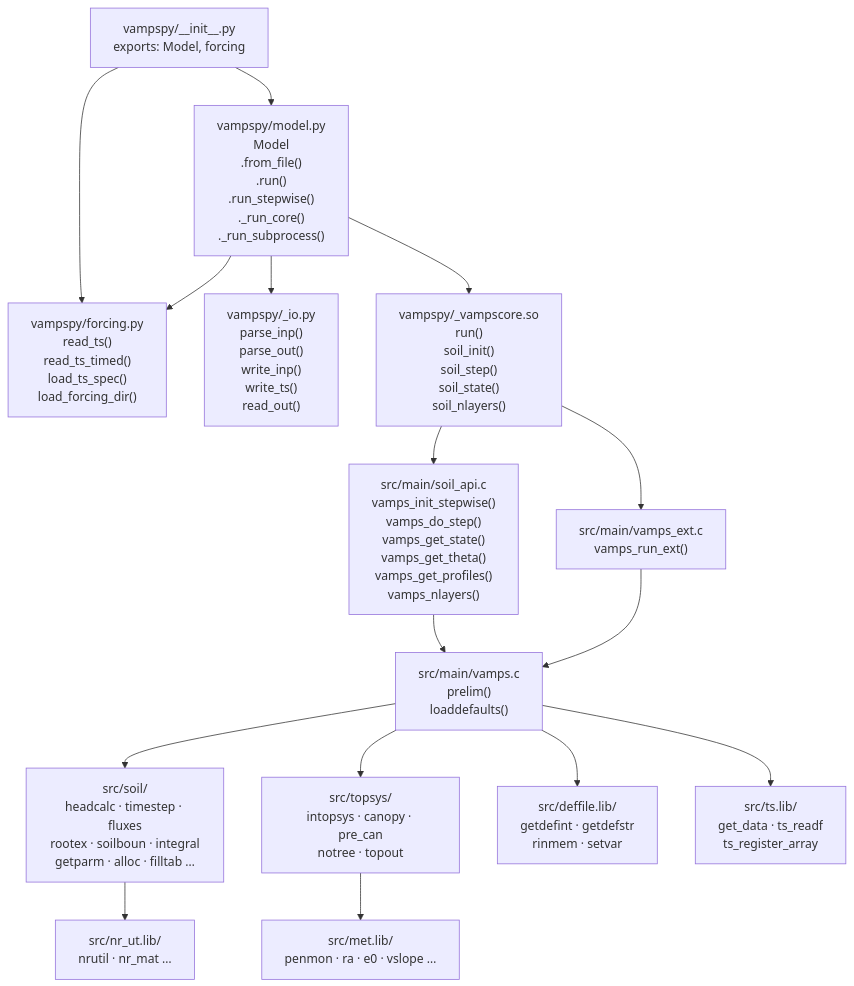
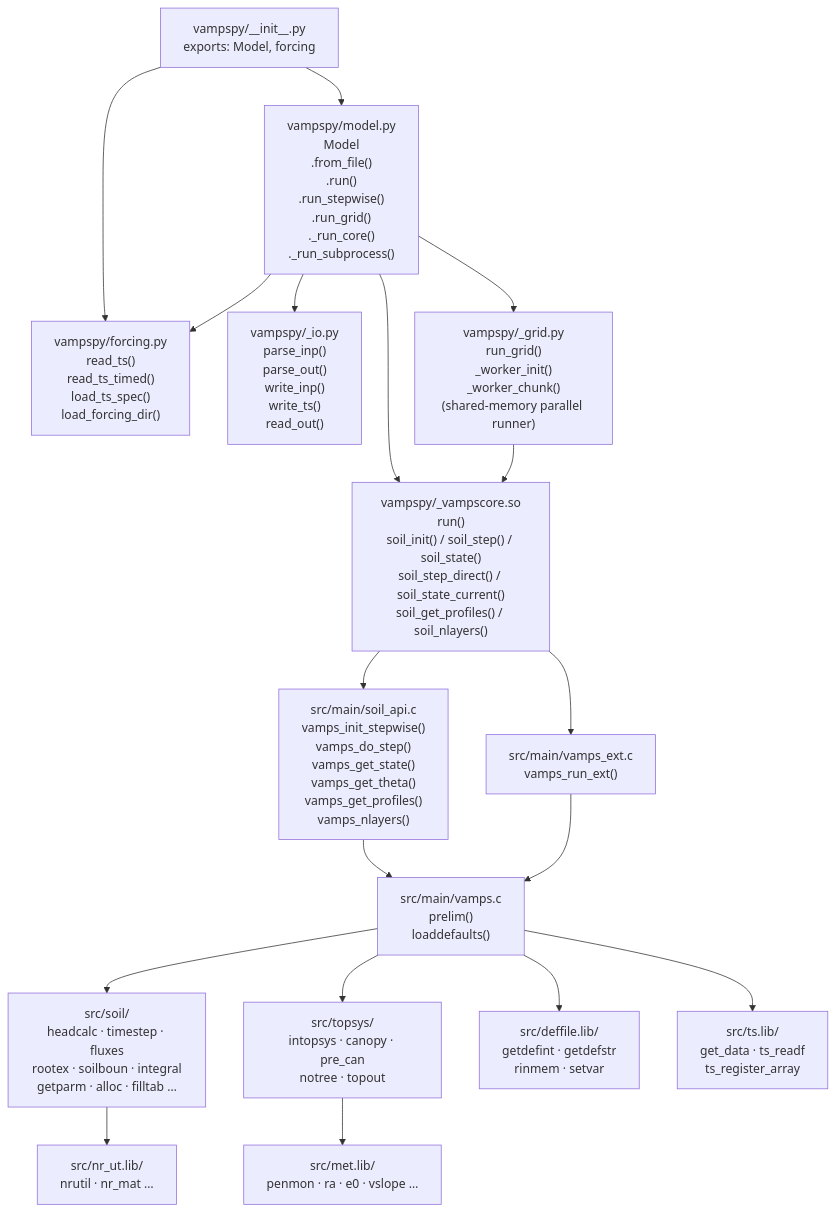
Before and after one commit to jaapschellekens/vampspy: the seventh of 11 diagrams in docs/architecture.md, drawn with Mermaid. The commit also changed other lines of this file and 13 other files, not shown here.

````diff
--- a/docs/architecture.md
+++ b/docs/architecture.md
@@ -258,31 +270,33 @@
 ```mermaid
 graph TD
     init["vampspy/__init__.py\nexports: Model, forcing"]
 
-    init --> model["vampspy/model.py\nModel\n  .from_file()\n  .run()\n  .run_stepwise()\n  ._run_core()\n  ._run_subprocess()"]
+    init --> model["vampspy/model.py\nModel\n  .from_file()\n  .run()\n  .run_stepwise()\n  .run_grid()\n  ._run_core()\n  ._run_subprocess()"]
 
     init --> forcing["vampspy/forcing.py\nread_ts()\nread_ts_timed()\nload_ts_spec()\nload_forcing_dir()"]
 
     model --> io["vampspy/_io.py\nparse_inp()\nparse_out()\nwrite_inp()\nwrite_ts()\nread_out()"]
 
     model --> forcing
-    model --> core["vampspy/_vampscore.so\nrun()\nsoil_init()\nsoil_step()\nsoil_state()\nsoil_nlayers()"]
+    model --> grid["vampspy/_grid.py\nrun_grid()\n_worker_init()\n_worker_chunk()\n(shared-memory parallel runner)"]
+    model --> core["vampspy/_vampscore.so\nrun()\nsoil_init() / soil_step() / soil_state()\nsoil_step_direct() / soil_state_current()\nsoil_get_profiles() / soil_nlayers()"]
+    grid --> core
 
     core --> capi["src/main/soil_api.c\nvamps_init_stepwise()\nvamps_do_step()\nvamps_get_state()\nvamps_get_theta()\nvamps_get_profiles()\nvamps_nlayers()"]
 
     core --> ext["src/main/vamps_ext.c\nvamps_run_ext()"]
 
     capi & ext --> prelim["src/main/vamps.c\nprelim()\nloaddefaults()"]
 
     prelim --> soil["src/soil/\nheadcalc · timestep · fluxes\nrootex · soilboun · integral\ngetparm · alloc · filltab …"]
 
     prelim --> topsys["src/topsys/\nintopsys · canopy · pre_can\nnotree · topout"]
 
     prelim --> deffile["src/deffile.lib/\ngetdefint · getdefstr\nrinmem · setvar"]
 
     prelim --> tslib["src/ts.lib/\nget_data · ts_readf\nts_register_array"]
 
     topsys --> metlib["src/met.lib/\npenmon · ra · e0 · vslope …"]
 
     soil --> nrlib["src/nr_ut.lib/\nnrutil · nr_mat …"]
 ```
````
